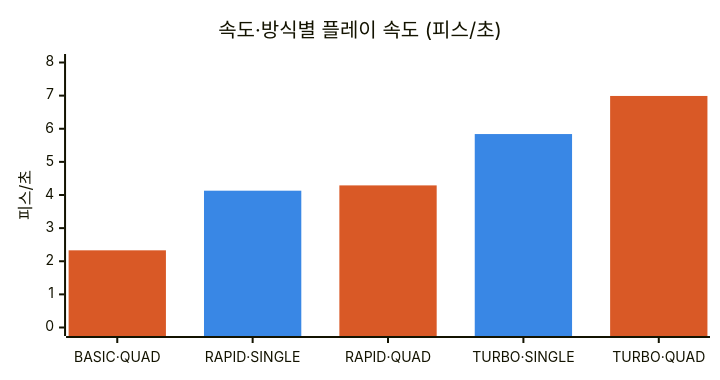
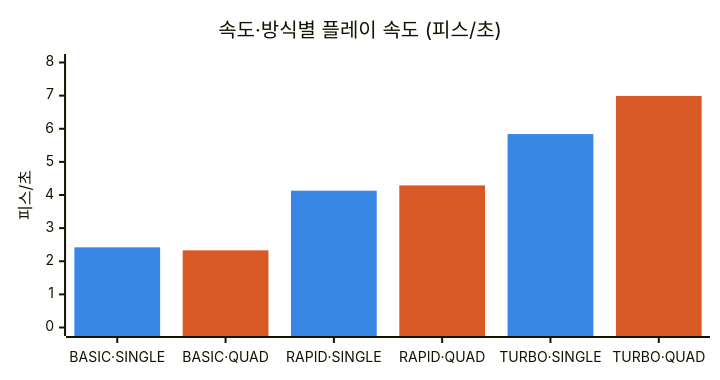
One commit to JTech-CO/Tetrio-AI changed the first of 4 diagrams in README.md. Above: the diagram before and after it, drawn with Mermaid. The commit also changed other lines of this file and 2 other files, not shown here.

Commit message:
Measure BASIC·SINGLE and add it to the speed chart
The speed chart had no bar for BASIC·SINGLE, because no current-code run
had measured it. A live 400-piece run now fills it at 2.42 pieces/s.

- The run took 212 s with one misplacement. Both the misplacement and the
  one stage transition fell between pieces 180 and 220.
- The rate combines the two stretches either side of that transition:
  2.34 over pieces 20-180 and 2.49 over 220-400. It is close to
  BASIC·QUAD's 2.33, since BASIC's speed is set by its fixed per-piece waits
  rather than by the strategy.
- The app opened at 1295x999 rather than the 1278x1002 of the other bars,
  and the page cannot resize itself to that. BASIC scales its captures to
  the cell size and needs no input profile, so the difference is left as
  is and noted.

The log is in docs/, the README's BASIC row reads 2.3-2.4, and the log
index gains the run. The index's reading notes now say that BASIC, not
just RAPID, can log one transition as two.

````diff
--- a/README.md
+++ b/README.md
@@ -36,10 +36,10 @@
 ```mermaid
 %%{init: {"xyChart": {"height": 360}, "themeVariables": {"xyChart": {"plotColorPalette": "#3987e5, #d95926"}}}}%%
 xychart-beta
     title "속도·방식별 플레이 속도 (피스/초)"
-    x-axis ["BASIC·QUAD", "RAPID·SINGLE", "RAPID·QUAD", "TURBO·SINGLE", "TURBO·QUAD"]
+    x-axis ["BASIC·SINGLE", "BASIC·QUAD", "RAPID·SINGLE", "RAPID·QUAD", "TURBO·SINGLE", "TURBO·QUAD"]
     y-axis "피스/초" 0 --> 8
     %% 음수 = 막대 없음. mermaid는 0도 8px 막대로 그리므로 값이 없는 칸은 -5로 둔다.
-    bar [-5, 4.13, -5, 5.84, -5]
-    bar [2.33, -5, 4.29, -5, 6.99]
+    bar [2.42, -5, 4.13, -5, 5.84, -5]
+    bar [-5, 2.33, -5, 4.29, -5, 6.99]
 ```
````
